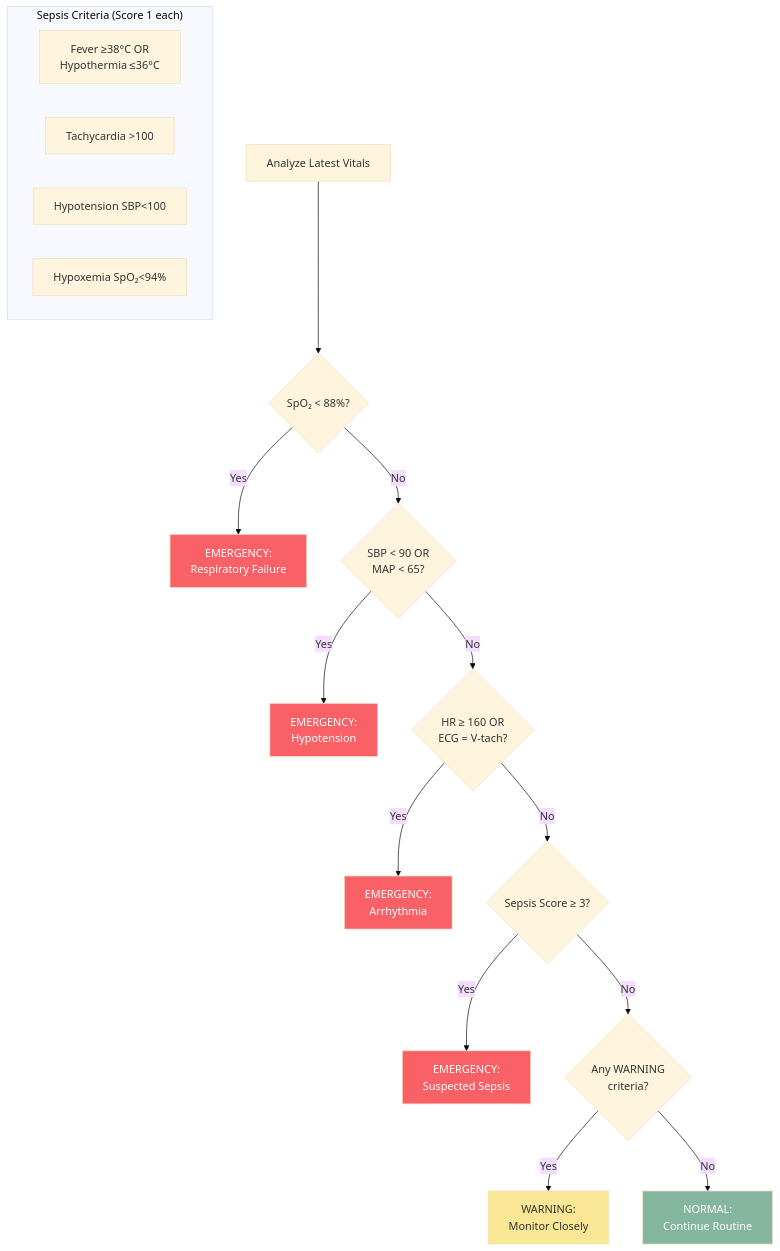
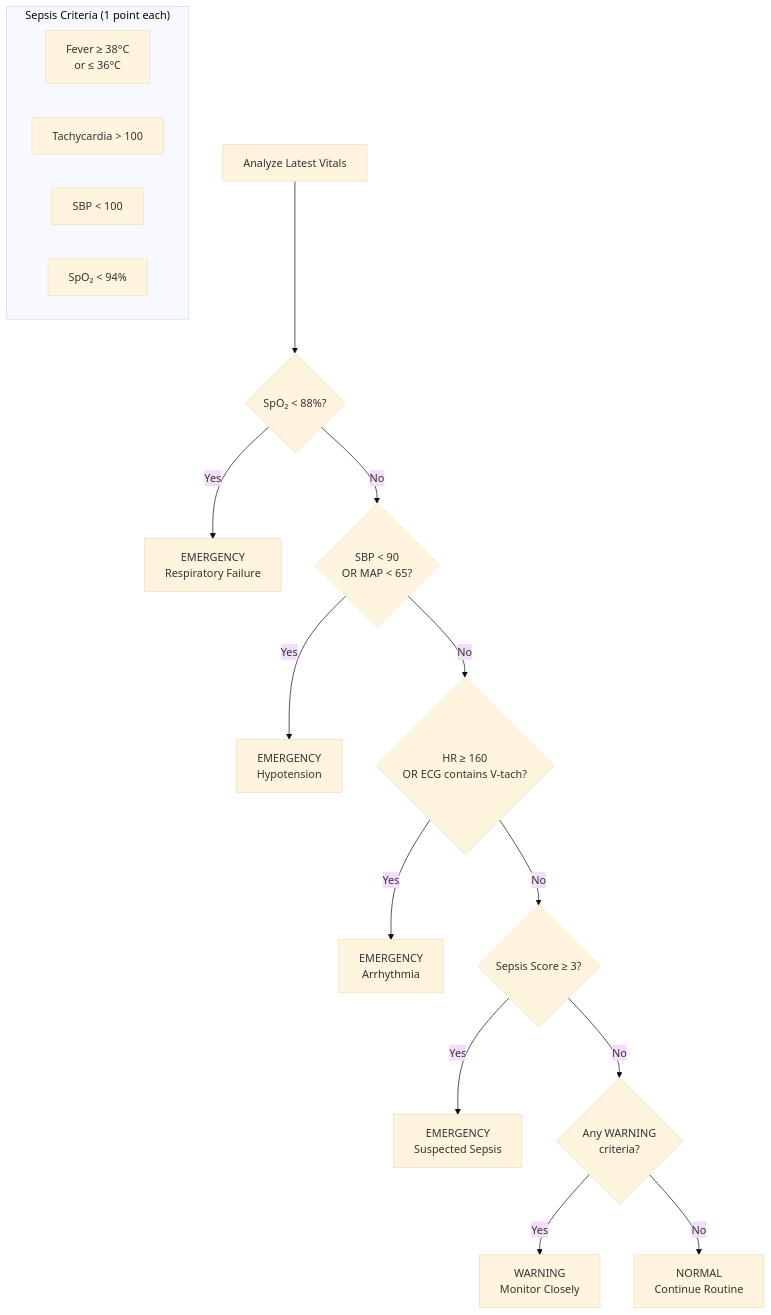
Before and after one commit to zaff3r-githubid/ai-based-patient-monitor-application: the fifth of 5 diagrams in ARCHITECTURE_MERMAID.md, drawn with Mermaid (base theme). The commit also changed other lines of this file and 1 other file, not shown here.

````diff
--- a/ARCHITECTURE_MERMAID.md
+++ b/ARCHITECTURE_MERMAID.md
@@ -183,32 +155,25 @@
 ```mermaid
 flowchart TD
-    A[Analyze Latest Vitals] --> B{SpO₂ < 88%?}
-    B -->|Yes| C[EMERGENCY:<br/>Respiratory Failure]
-    B -->|No| D{SBP < 90 OR<br/>MAP < 65?}
-    
-    D -->|Yes| E[EMERGENCY:<br/>Hypotension]
-    D -->|No| F{HR ≥ 160 OR<br/>ECG = V-tach?}
-    
-    F -->|Yes| G[EMERGENCY:<br/>Arrhythmia]
-    F -->|No| H{Sepsis Score ≥ 3?}
-    
-    H -->|Yes| I[EMERGENCY:<br/>Suspected Sepsis]
-    H -->|No| J{Any WARNING<br/>criteria?}
-    
-    J -->|Yes| K[WARNING:<br/>Monitor Closely]
-    J -->|No| L[NORMAL:<br/>Continue Routine]
-    
-    subgraph Sepsis["Sepsis Criteria (Score 1 each)"]
-        S1[Fever ≥38°C OR<br/>Hypothermia ≤36°C]
-        S2[Tachycardia >100]
-        S3[Hypotension SBP<100]
-        S4[Hypoxemia SpO₂<94%]
+    E1[Analyze Latest Vitals] --> E2{SpO₂ < 88%?}
+    E2 -->|Yes| E3[EMERGENCY<br/>Respiratory Failure]
+    E2 -->|No| E4{SBP < 90<br/>OR MAP < 65?}
+
+    E4 -->|Yes| E5[EMERGENCY<br/>Hypotension]
+    E4 -->|No| E6{HR ≥ 160<br/>OR ECG contains V-tach?}
+
+    E6 -->|Yes| E7[EMERGENCY<br/>Arrhythmia]
+    E6 -->|No| E8{Sepsis Score ≥ 3?}
+
+    E8 -->|Yes| E9[EMERGENCY<br/>Suspected Sepsis]
+    E8 -->|No| E10{Any WARNING<br/>criteria?}
+
+    E10 -->|Yes| E11[WARNING<br/>Monitor Closely]
+    E10 -->|No| E12[NORMAL<br/>Continue Routine]
+
+    subgraph S["Sepsis Criteria (1 point each)"]
+        S1[Fever ≥ 38°C<br/>or ≤ 36°C]
+        S2[Tachycardia > 100]
+        S3[SBP < 100]
+        S4[SpO₂ < 94%]
     end
-    
-    style C fill:#F96167,color:#fff
-    style E fill:#F96167,color:#fff
-    style G fill:#F96167,color:#fff
-    style I fill:#F96167,color:#fff
-    style K fill:#F9E795,color:#333
-    style L fill:#84B59F,color:#fff
 ```
````
